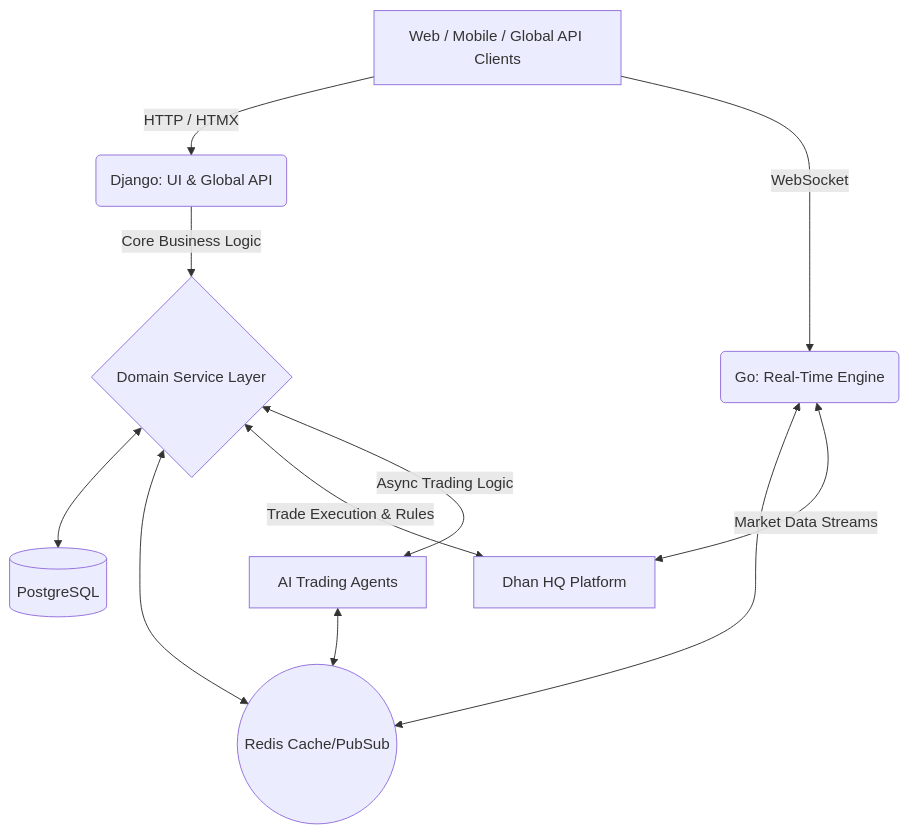
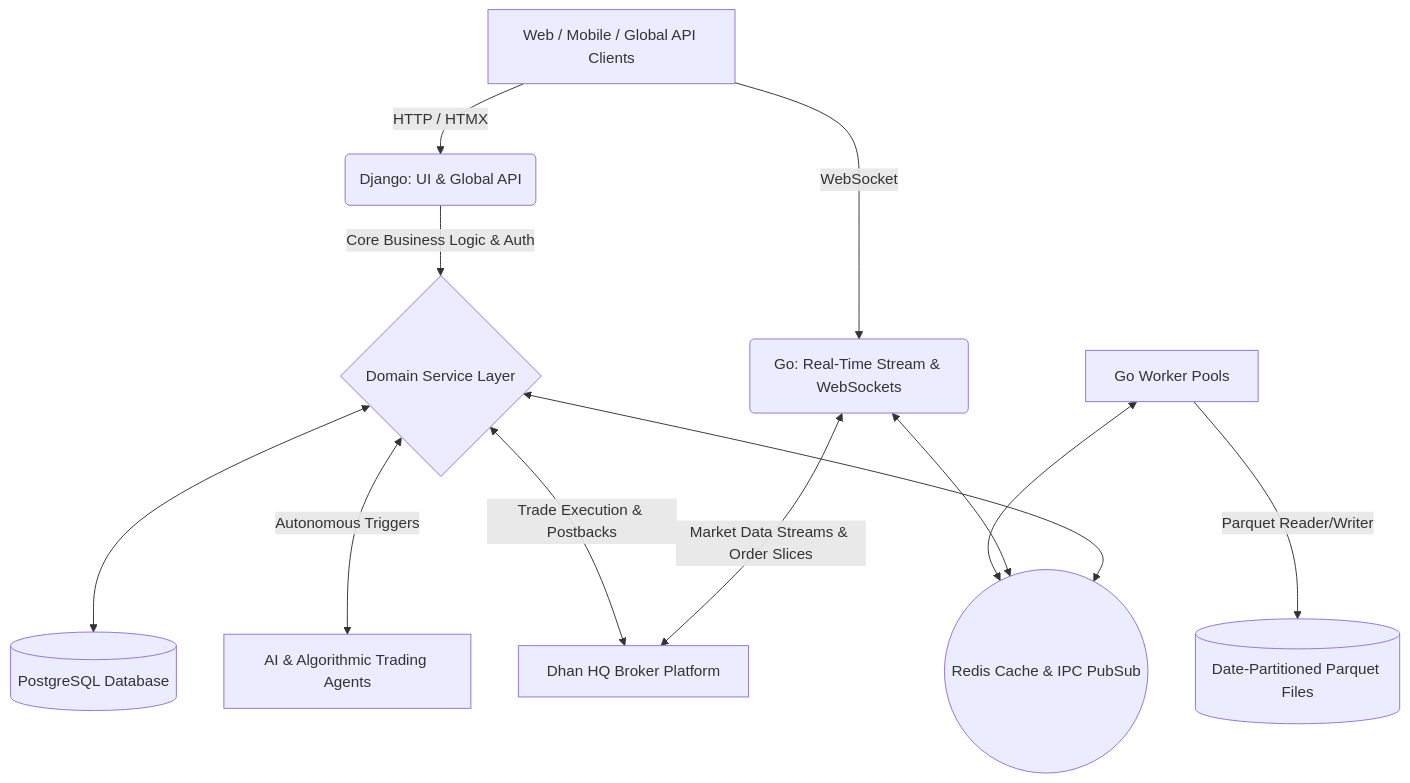
One commit to appzfx13/marmot changed the diagram in README.md. Above: the diagram before and after it, drawn with Mermaid. The commit also changed other lines of this file and 1 other file, not shown here.

Commit message:
RULES AND READMD UPDATED

````diff
--- a/README.md
+++ b/README.md
@@ -22,16 +19,18 @@
 ```mermaid
 graph TD
     Client[Web / Mobile / Global API Clients] -->|HTTP / HTMX| Django(Django: UI & Global API)
-    Client -->|WebSocket| GoApp(Go: Real-Time Engine)
+    Client -->|WebSocket| GoApp(Go: Real-Time Stream & WebSockets)
     
-    Django -->|Core Business Logic| Services{Domain Service Layer}
-    Services <--> PSQL[(PostgreSQL)]
-    Services <--> Redis((Redis Cache/PubSub))
+    Django -->|Core Business Logic & Auth| Services{Domain Service Layer}
+    Services <--> PSQL[(PostgreSQL Database)]
+    Services <--> Redis((Redis Cache & IPC PubSub))
     
     GoApp <--> Redis
-    GoApp <-->|Market Data Streams| DhanHQ[Dhan HQ Platform]
+    GoApp <-->|Market Data Streams & Order Slices| DhanHQ[Dhan HQ Broker Platform]
     
-    Services <-->|Trade Execution & Rules| DhanHQ
-    Services <-->|Async Trading Logic| Agents[AI Trading Agents]
-    Agents <--> Redis
+    GoWorkers[Go Worker Pools] -->|Parquet Reader/Writer| Datasets[(Date-Partitioned Parquet Files)]
+    GoWorkers <--> Redis
+    
+    Services <-->|Trade Execution & Postbacks| DhanHQ
+    Services <-->|Autonomous Triggers| Agents[AI & Algorithmic Trading Agents]
 ```
````
